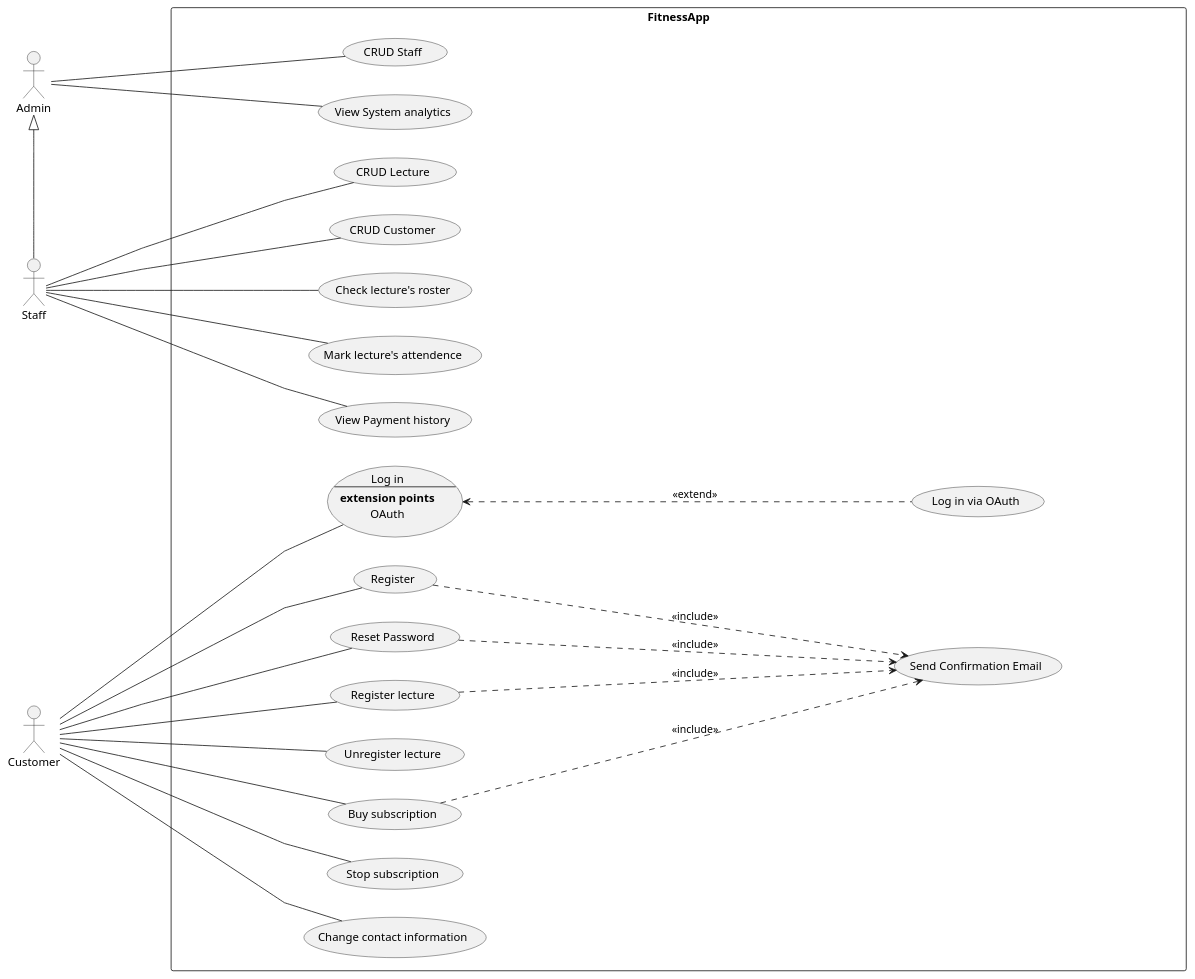
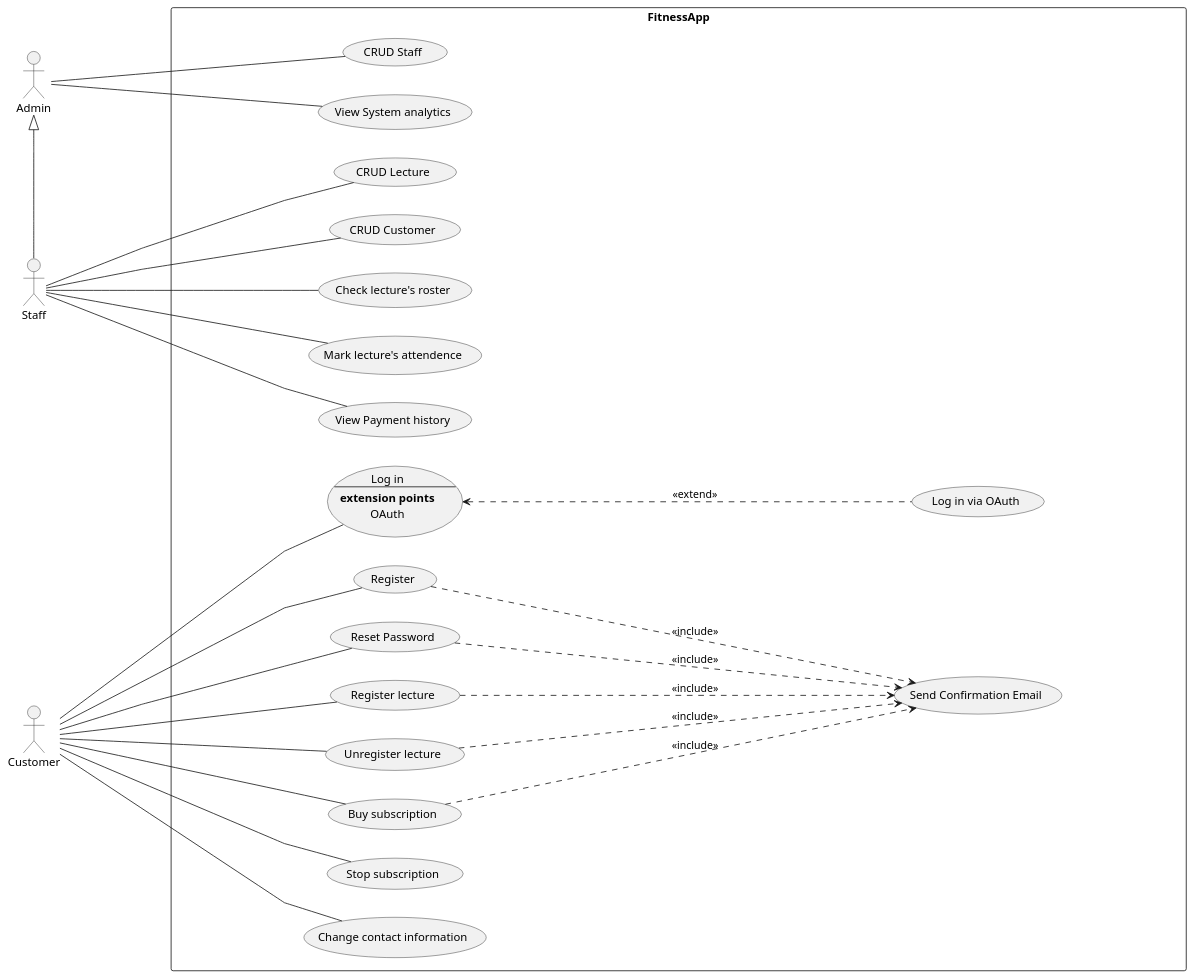
The diagram in Diagrams/UseCaseDiagram.puml (CatherineBalu/Fitness), drawn with PlantUML before and after one commit.

Commit message:
NUE-14: add unregister lecture email confimation

```diff
--- a/Diagrams/UseCaseDiagram.puml
+++ b/Diagrams/UseCaseDiagram.puml
@@ -1,70 +1,71 @@
 @startuml FitnessApp
 
 !pragma ratio 0.80
 
  skinparam linetype polyline
 ' skinparam linetype ortho
 
 left to right direction
 
 ' Actors:
 actor "Admin" as admin
 actor "Staff" as staff
 actor "Customer" as customer
 
 ' Generalizations:
 staff -[norank]-|> admin
 
 
 ' System boundary:
 rectangle "FitnessApp" as fitnessApp {
     usecase "Register" as register
     usecase "Log in" as login
     usecase "Reset Password" as resetPassword
     usecase "Register lecture" as registerLecture
     usecase "Send Confirmation Email" as confirmationEmail
     usecase "Unregister lecture" as unregisterLecture
     usecase "Buy subscription" as buySubscription
     usecase "Stop subscription" as stopSubscription
     usecase "Change contact information" as changeContact
     usecase "Log in\n--\n**extension points**\nOAuth" as login
     usecase "Log in via OAuth" as oauthLogin
 
     usecase "CRUD Lecture" as crudLecture
     usecase "CRUD Customer" as crudCustomer
     usecase "Check lecture's roster" as checkRoster
     usecase "Mark lecture's attendence" as markAttendence
     usecase "View Payment history" as viewPaymentHistory
     
     usecase "CRUD Staff" as crudStaff
     usecase "View System analytics" as viewAnalytics
     }
 
 ' Includes, extends:
 
 register ..> confirmationEmail : <<include>>
 resetPassword ..> confirmationEmail : <<include>>
 registerLecture ..> confirmationEmail : <<include>>
+unregisterLecture ..> confirmationEmail : <<include>>
 buySubscription ..> confirmationEmail : <<include>>
 oauthLogin .up.> login : <<extend>>
 
 ' Associations between actors and use cases:
 customer -- register
 customer -- login
 customer -- resetPassword
 customer -- registerLecture
 customer -- unregisterLecture
 customer -- buySubscription
 customer -- stopSubscription
 customer -- changeContact
 
 staff -- crudLecture
 staff -- crudCustomer
 staff -- checkRoster
 staff -- markAttendence
 staff -- viewPaymentHistory
 
 admin -- crudStaff
 admin -- viewAnalytics
 
 @enduml
```
